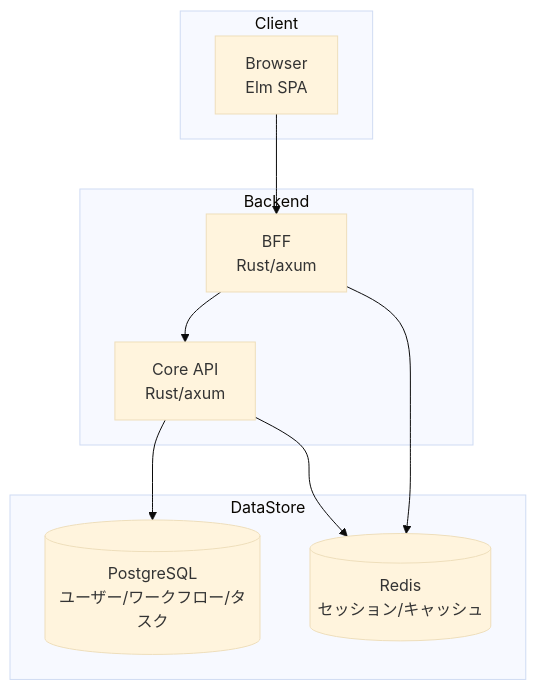
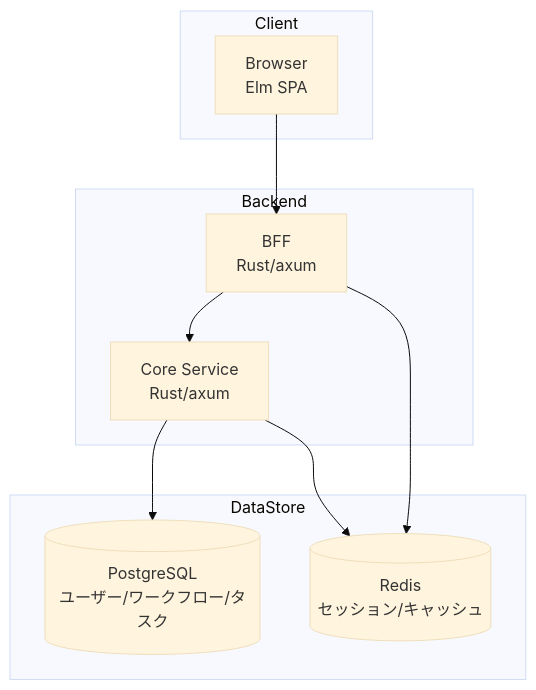
Before and after one commit to ka2kama/ringiflow: the second of 3 diagrams in docs/03_詳細設計書/00_実装ロードマップ.md, drawn with Mermaid (base theme). The commit also changed other lines of this file and 55 other files, not shown here.

````diff
--- a/docs/03_詳細設計書/00_実装ロードマップ.md
+++ b/docs/03_詳細設計書/00_実装ロードマップ.md
@@ -157,22 +157,22 @@
 ```mermaid
 flowchart TB
     subgraph Client
         Browser["Browser<br/>Elm SPA"]
     end
 
     subgraph Backend
         BFF["BFF<br/>Rust/axum"]
-        CoreAPI["Core API<br/>Rust/axum"]
+        CoreService["Core Service<br/>Rust/axum"]
     end
 
     subgraph DataStore
         PostgreSQL[(PostgreSQL<br/>ユーザー/ワークフロー/タスク)]
         Redis[(Redis<br/>セッション/キャッシュ)]
     end
 
     Browser --> BFF
-    BFF --> CoreAPI
-    CoreAPI --> PostgreSQL
-    CoreAPI --> Redis
+    BFF --> CoreService
+    CoreService --> PostgreSQL
+    CoreService --> Redis
     BFF --> Redis
 ```
````
